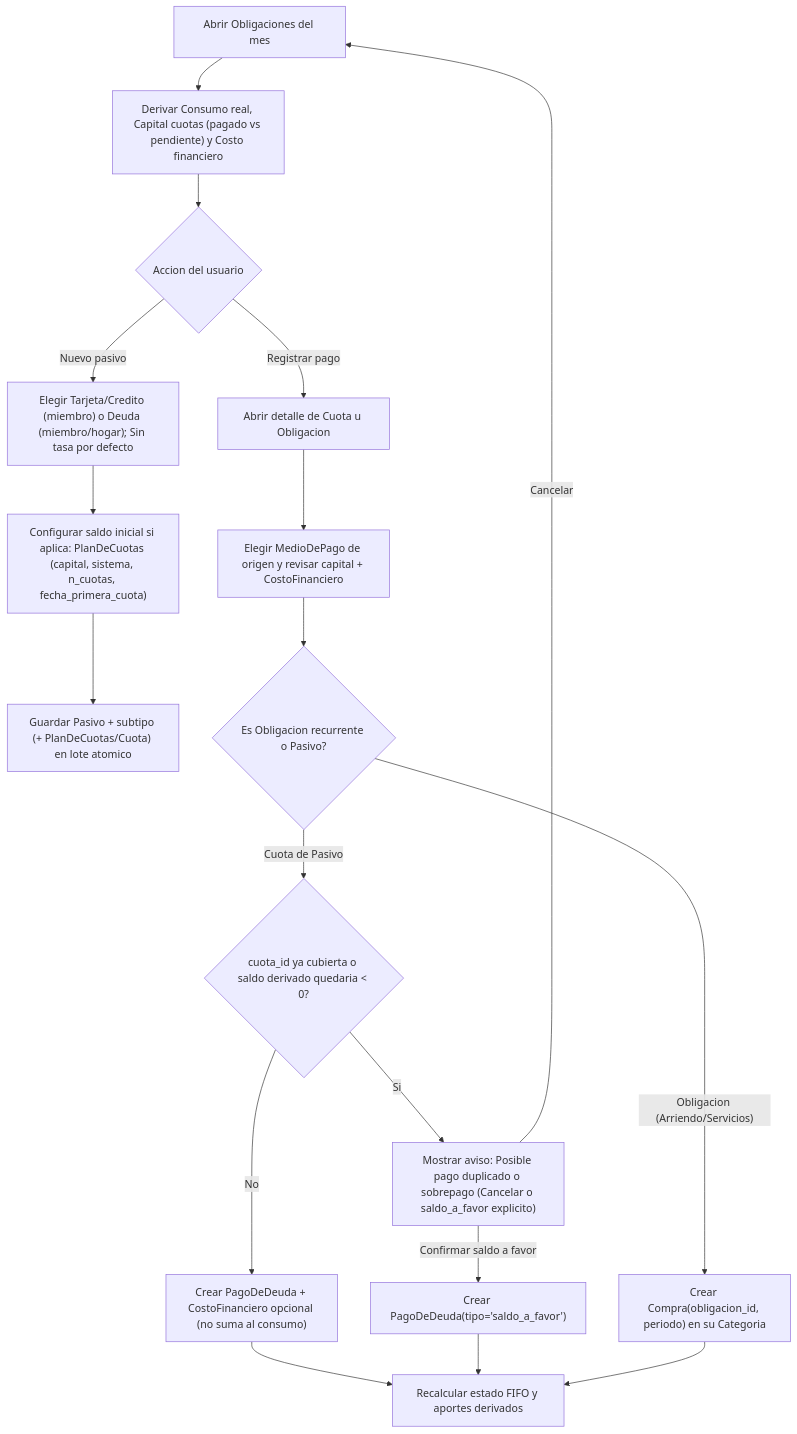
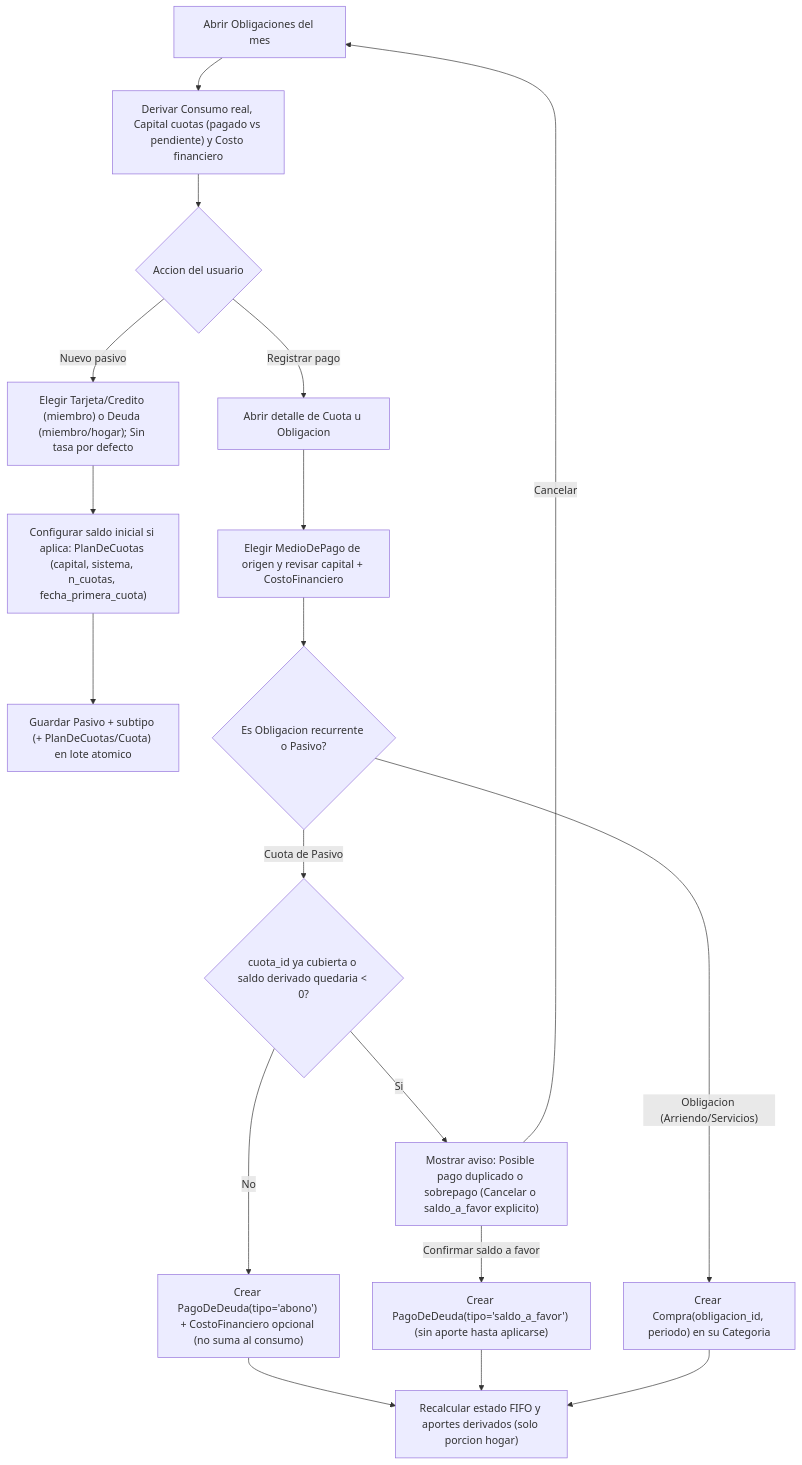
One commit to meperdev/hogar-app changed the diagram in docs/flows/obligaciones-del-mes.md. Above: the diagram before and after it, drawn with Mermaid. The commit also changed other lines of this file and 14 other files, not shown here.

````diff
--- a/docs/flows/obligaciones-del-mes.md
+++ b/docs/flows/obligaciones-del-mes.md
@@ -80,20 +87,20 @@
 ```mermaid
 flowchart TD
     A["Abrir Obligaciones del mes"] --> B["Derivar Consumo real, Capital cuotas (pagado vs pendiente) y Costo financiero"]
     B --> C{"Accion del usuario"}
     C -- "Nuevo pasivo" --> D["Elegir Tarjeta/Credito (miembro) o Deuda (miembro/hogar); Sin tasa por defecto"]
     D --> E["Configurar saldo inicial si aplica: PlanDeCuotas (capital, sistema, n_cuotas, fecha_primera_cuota)"]
     E --> F["Guardar Pasivo + subtipo (+ PlanDeCuotas/Cuota) en lote atomico"]
     C -- "Registrar pago" --> I["Abrir detalle de Cuota u Obligacion"]
     I --> J["Elegir MedioDePago de origen y revisar capital + CostoFinanciero"]
     J --> K{"Es Obligacion recurrente o Pasivo?"}
     K -- "Obligacion (Arriendo/Servicios)" --> P["Crear Compra(obligacion_id, periodo) en su Categoria"]
     K -- "Cuota de Pasivo" --> L{"cuota_id ya cubierta o saldo derivado quedaria < 0?"}
     L -- Si --> M["Mostrar aviso: Posible pago duplicado o sobrepago (Cancelar o saldo_a_favor explicito)"]
     M -- Cancelar --> A
-    M -- "Confirmar saldo a favor" --> O2["Crear PagoDeDeuda(tipo='saldo_a_favor')"]
-    L -- No --> O["Crear PagoDeDeuda + CostoFinanciero opcional (no suma al consumo)"]
-    O --> R["Recalcular estado FIFO y aportes derivados"]
+    M -- "Confirmar saldo a favor" --> O2["Crear PagoDeDeuda(tipo='saldo_a_favor') (sin aporte hasta aplicarse)"]
+    L -- No --> O["Crear PagoDeDeuda(tipo='abono') + CostoFinanciero opcional (no suma al consumo)"]
+    O --> R["Recalcular estado FIFO y aportes derivados (solo porcion hogar)"]
     O2 --> R
     P --> R
 ```
````
